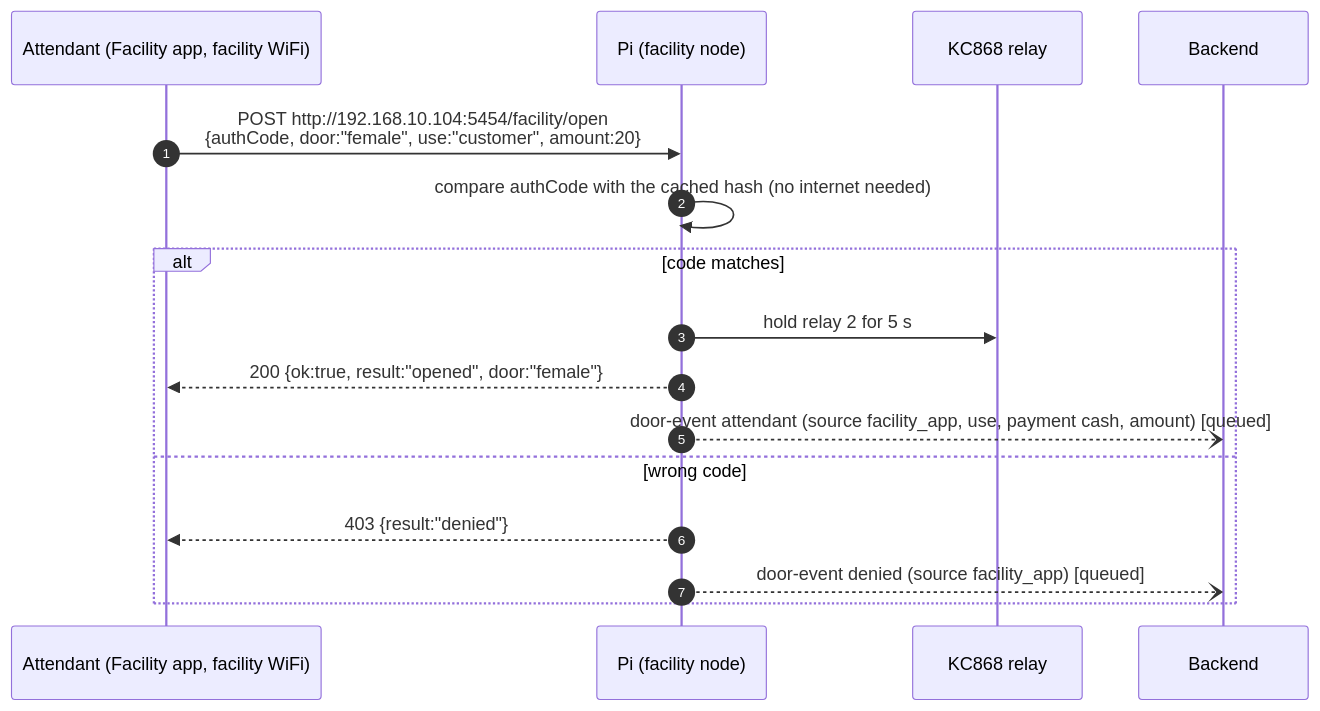
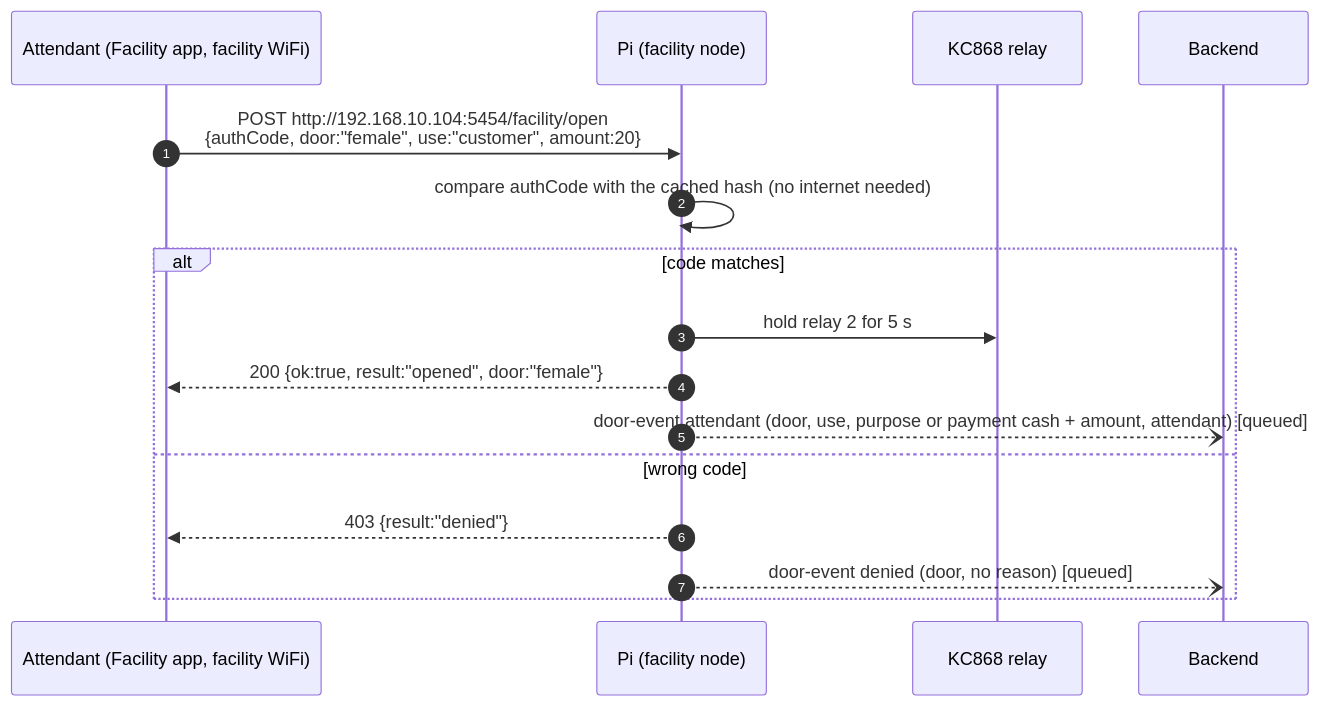
The second of 4 diagrams in facility-node/API_FLOW.md (utpaulBS23/bhumijo-gateway-linux), drawn with Mermaid before and after one commit. The commit also changed other lines of this file and 17 other files, not shown here.

````diff
--- a/facility-node/API_FLOW.md
+++ b/facility-node/API_FLOW.md
@@ -142,18 +143,18 @@
 ```mermaid
 sequenceDiagram
     autonumber
     participant A as Attendant (Facility app, facility WiFi)
     participant P as Pi (facility node)
     participant R as KC868 relay
     participant B as Backend
     A->>P: POST http://192.168.10.104:5454/facility/open<br/>{authCode, door:"female", use:"customer", amount:20}
     P->>P: compare authCode with the cached hash (no internet needed)
     alt code matches
         P->>R: hold relay 2 for 5 s
         P-->>A: 200 {ok:true, result:"opened", door:"female"}
-        P--)B: door-event attendant (source facility_app, use, payment cash, amount)  [queued]
+        P--)B: door-event attendant (door, use, purpose or payment cash + amount, attendant)  [queued]
     else wrong code
         P-->>A: 403 {result:"denied"}
-        P--)B: door-event denied (source facility_app)  [queued]
+        P--)B: door-event denied (door, no reason)  [queued]
     end
 ```
````
